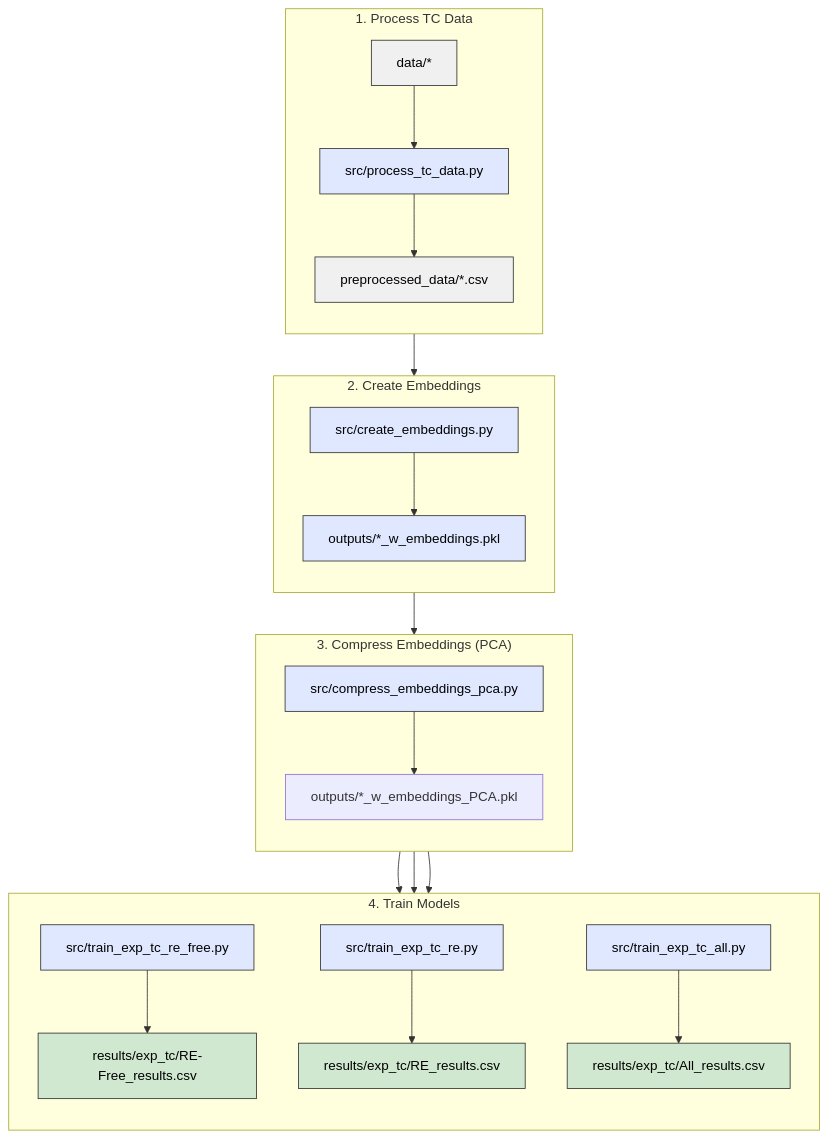
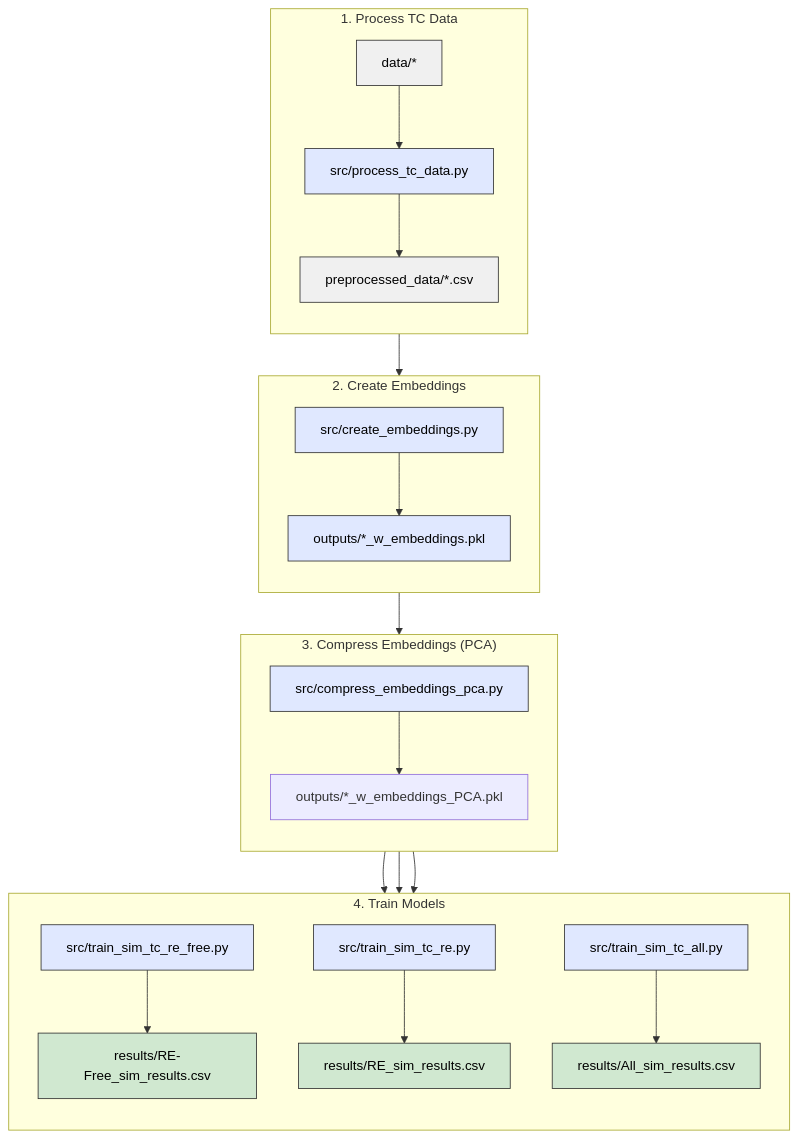
Before and after one commit to MaMMoS-project/ML-models: the diagram in compound-to-tc/compound-to-simulated-tc/README.md, drawn with Mermaid. The commit also changed other lines of this file and 5 other files, not shown here.

````diff
--- a/compound-to-tc/compound-to-simulated-tc/README.md
+++ b/compound-to-tc/compound-to-simulated-tc/README.md
@@ -10,47 +10,47 @@
 ```mermaid
 graph TD
 
     %% === Cluster 1: Process TC Data ===
     subgraph cluster_1["1. Process TC Data"]
         direction TB
         A0[data/*] --> B0[src/process_tc_data.py]
         B0 --> A[preprocessed_data/*.csv]
     end
 
     %% === Cluster 2: Create Embeddings ===
     subgraph cluster_2["2. Create Embeddings"]
         direction TB
         A --> B[src/create_embeddings.py]
         B --> C[outputs/*_w_embeddings.pkl]
     end
 
     %% === Cluster 3: Compress Embeddings (PCA) ===
     subgraph cluster_3["3. Compress Embeddings (PCA)"]
         direction TB
         C --> D[src/compress_embeddings_pca.py]
         D --> E[outputs/*_w_embeddings_PCA.pkl]
     end
 
     %% === Cluster 4: Train Models ===
     subgraph cluster_4["4. Train Models"]
         direction TB
-        E --> F1[src/train_exp_tc_re_free.py]
-        E --> F2[src/train_exp_tc_re.py]
-        E --> F3[src/train_exp_tc_all.py]
+        E --> F1[src/train_sim_tc_re_free.py]
+        E --> F2[src/train_sim_tc_re.py]
+        E --> F3[src/train_sim_tc_all.py]
 
-        F1 --> G1[results/exp_tc/RE-Free_results.csv]
-        F2 --> G2[results/exp_tc/RE_results.csv]
-        F3 --> G3[results/exp_tc/All_results.csv]
+        F1 --> G1[results/RE-Free_sim_results.csv]
+        F2 --> G2[results/RE_sim_results.csv]
+        F3 --> G3[results/All_sim_results.csv]
     end
 
     %% === Styling ===
     classDef input fill:#f0f0f0,stroke:#333,stroke-width:1px,color:#000;
     classDef process fill:#e0e8ff,stroke:#333,stroke-width:1px,color:#000;
     classDef output fill:#d0e8d0,stroke:#333,stroke-width:1px,color:#000;
 
     class A0,A input
     class B0,B,C,D,F1,F2,F3 process
     class G1,G2,G3 output
 
     class cluster_1,cluster_2,cluster_3,cluster_4 fill:#ffffff,stroke:#ccc,stroke-width:1px;
 ```
````
